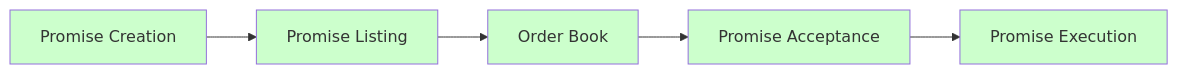
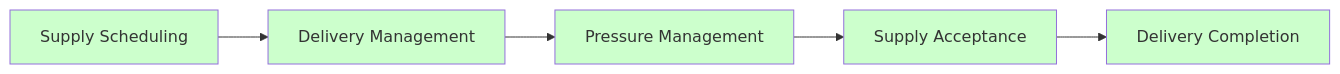
One commit to esimplicityinc/water-demo changed the third of 7 diagrams in docs/bdd/03-feature-index.md. Above: the diagram before and after it, drawn with Mermaid. The commit also changed other lines of this file and 6 other files, not shown here.

````diff
--- a/docs/bdd/03-feature-index.md
+++ b/docs/bdd/03-feature-index.md
@@ -107,13 +105,13 @@
 ```mermaid
 graph LR
-    A[Promise Creation] --> B[Promise Listing]
-    B --> C[Order Book]
-    C --> D[Promise Acceptance]
-    D --> E[Promise Execution]
+    A[Supply Scheduling] --> B[Delivery Management]
+    B --> C[Pressure Management]
+    C --> D[Supply Acceptance]
+    D --> E[Delivery Completion]
 
     style A fill:#ccffcc
     style B fill:#ccffcc
     style C fill:#ccffcc
     style D fill:#ccffcc
     style E fill:#ccffcc
 ```
````
